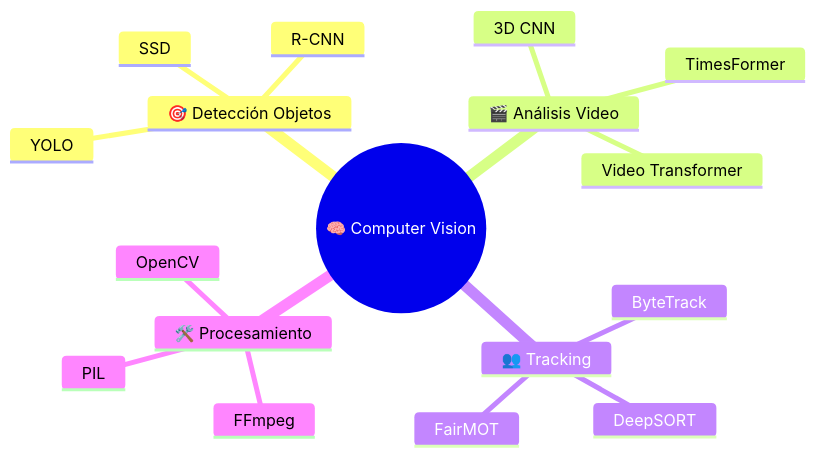
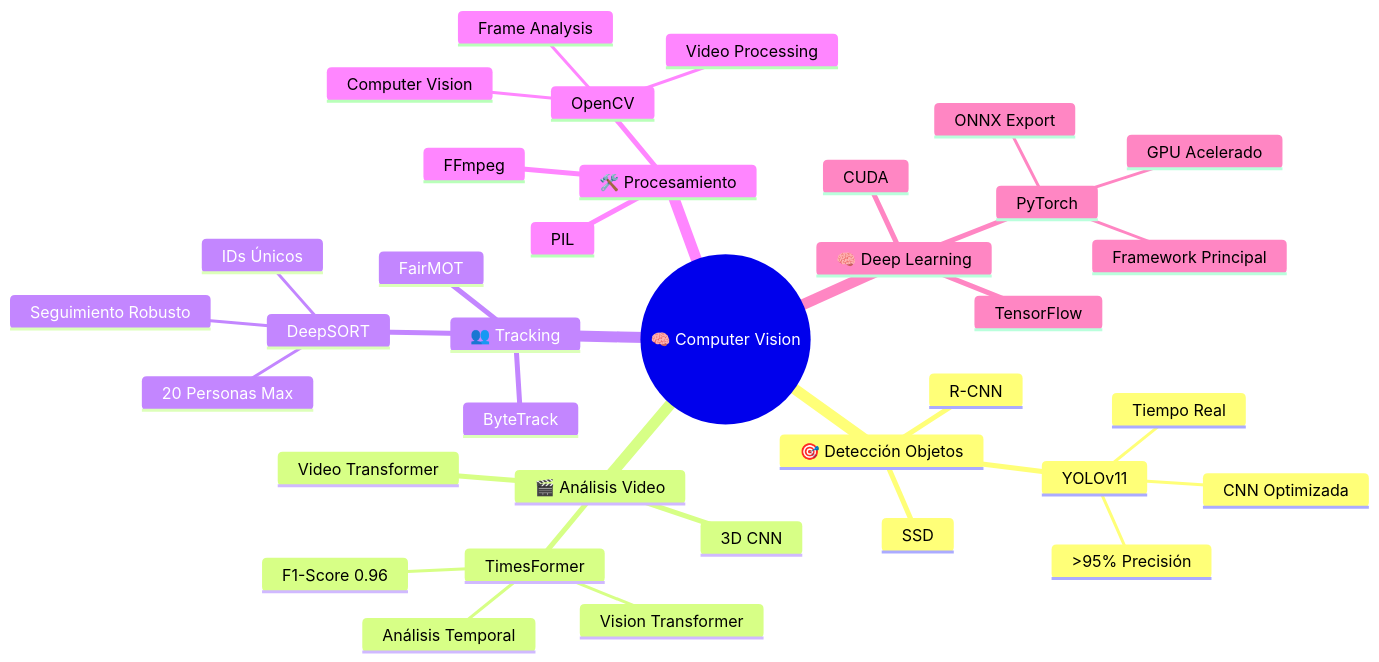
Before and after one commit to Franz-Gonzales/school-violence-prevention-IA3: the third of 3 diagrams in README.MD, drawn with Mermaid. The commit also changed other lines of this file, not shown here.

````diff
--- a/README.MD
+++ b/README.MD
@@ -1181,20 +2020,39 @@
 ```mermaid
 mindmap
   root((🧠 Computer Vision))
     🎯 Detección Objetos
-      YOLO
-      R-CNN  
+      YOLOv11
+        CNN Optimizada
+        Tiempo Real
+        >95% Precisión
+      R-CNN
       SSD
     🎬 Análisis Video
       TimesFormer
+        Vision Transformer
+        Análisis Temporal
+        F1-Score 0.96
       Video Transformer
       3D CNN
     👥 Tracking
       DeepSORT
+        IDs Únicos
+        Seguimiento Robusto
+        20 Personas Max
       ByteTrack
       FairMOT
     🛠️ Procesamiento
       OpenCV
+        Computer Vision
+        Video Processing
+        Frame Analysis
       FFmpeg
       PIL
+    🧠 Deep Learning
+      PyTorch
+        Framework Principal
+        GPU Acelerado
+        ONNX Export
+      TensorFlow
+      CUDA
 ```
````
